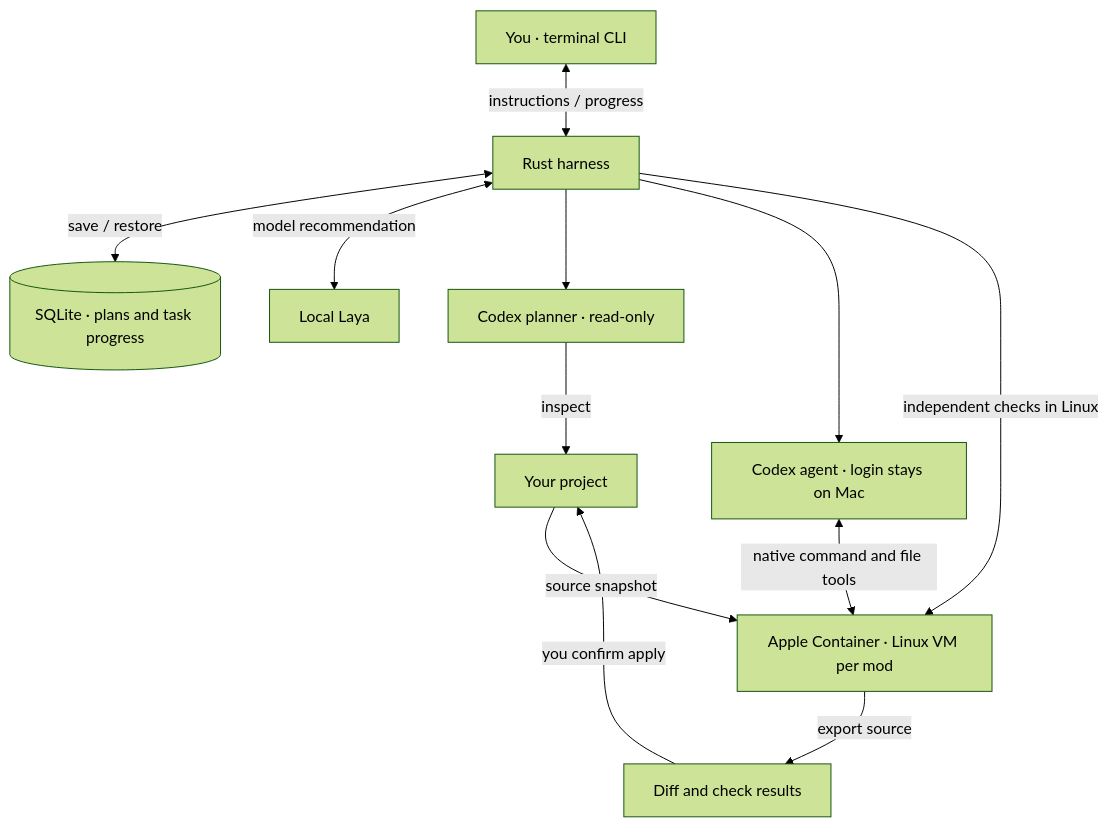
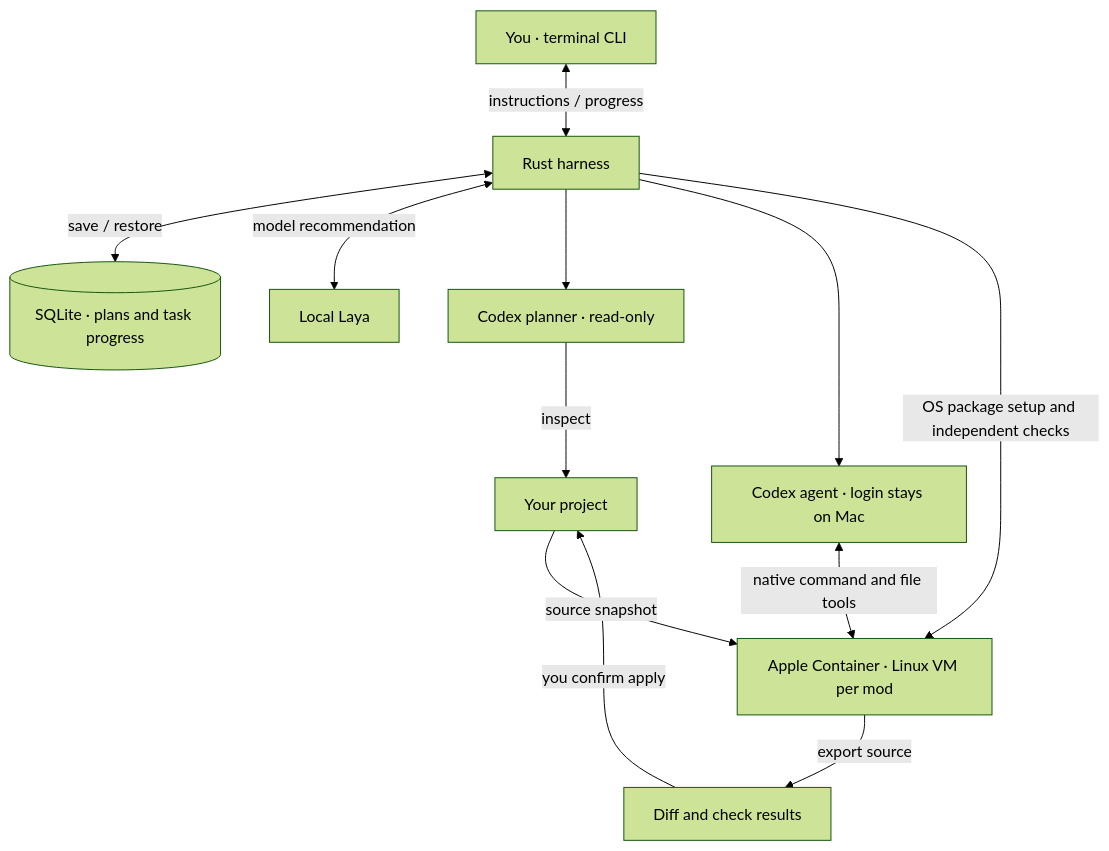
Before and after one commit to minimumeffort-dev/sprowt.harness: the diagram in README.md, drawn with Mermaid (forest theme). The commit also changed other lines of this file and 16 other files, not shown here.

Commit message:
Let executors request isolated VM system package setup

````diff
--- a/README.md
+++ b/README.md
@@ -31,14 +31,14 @@
 ```mermaid
 flowchart TB
     terminal["You · terminal CLI"] <-->|"instructions / progress"| harness["Rust harness"]
     harness <-->|"save / restore"| state[("SQLite · plans and task progress")]
     harness <-->|"model recommendation"| laya["Local Laya"]
     harness --> planner["Codex planner · read-only"]
     planner -->|"inspect"| project["Your project"]
     harness --> executor["Codex agent · login stays on Mac"]
     project -->|"source snapshot"| vm["Apple Container · Linux VM per mod"]
     executor <-->|"native command and file tools"| vm
-    harness -->|"independent checks in Linux"| vm
+    harness -->|"OS package setup and independent checks"| vm
     vm -->|"export source"| review["Diff and check results"]
     review -->|"you confirm apply"| project
 ```
````
